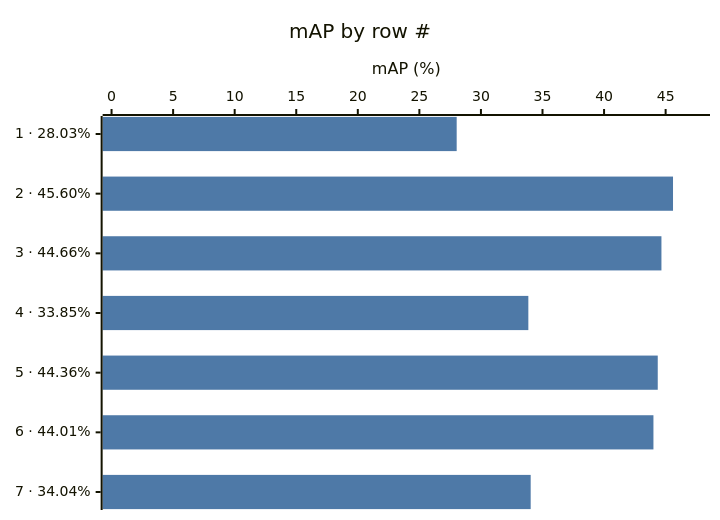
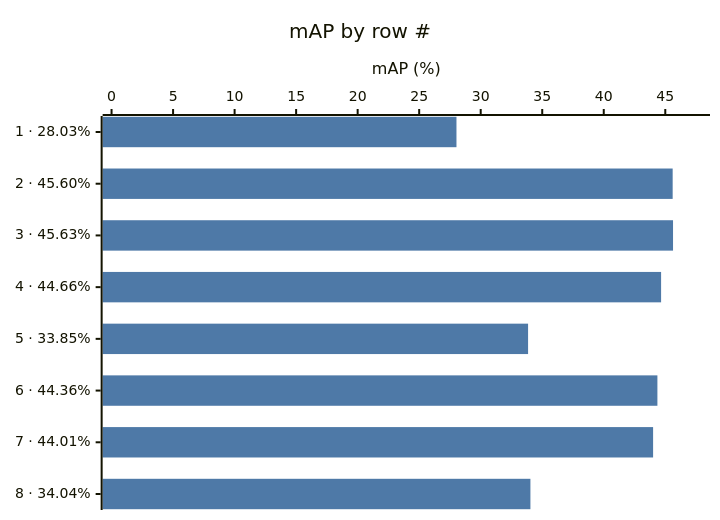
The fourth of 8 diagrams in results/table.md (karolmajek/torment-nexus), drawn with Mermaid before and after one commit. The commit also changed other lines of this file and 31 other files, not shown here.

````diff
--- a/results/table.md
+++ b/results/table.md
@@ -74,8 +76,8 @@
 ```mermaid
 %%{init: {"themeVariables": {"xyChart": {"backgroundColor": "transparent", "plotColorPalette": "#4e79a7"}}}}%%
 xychart-beta horizontal
     title "mAP by row #"
-    x-axis ["1 · 28.03%", "2 · 45.60%", "3 · 44.66%", "4 · 33.85%", "5 · 44.36%", "6 · 44.01%", "7 · 34.04%"]
-    y-axis "mAP (%)" 0 --> 47.88
-    bar [28.03, 45.60, 44.66, 33.85, 44.36, 44.01, 34.04]
+    x-axis ["1 · 28.03%", "2 · 45.60%", "3 · 45.63%", "4 · 44.66%", "5 · 33.85%", "6 · 44.36%", "7 · 44.01%", "8 · 34.04%"]
+    y-axis "mAP (%)" 0 --> 47.91
+    bar [28.03, 45.60, 45.63, 44.66, 33.85, 44.36, 44.01, 34.04]
 ```
````
